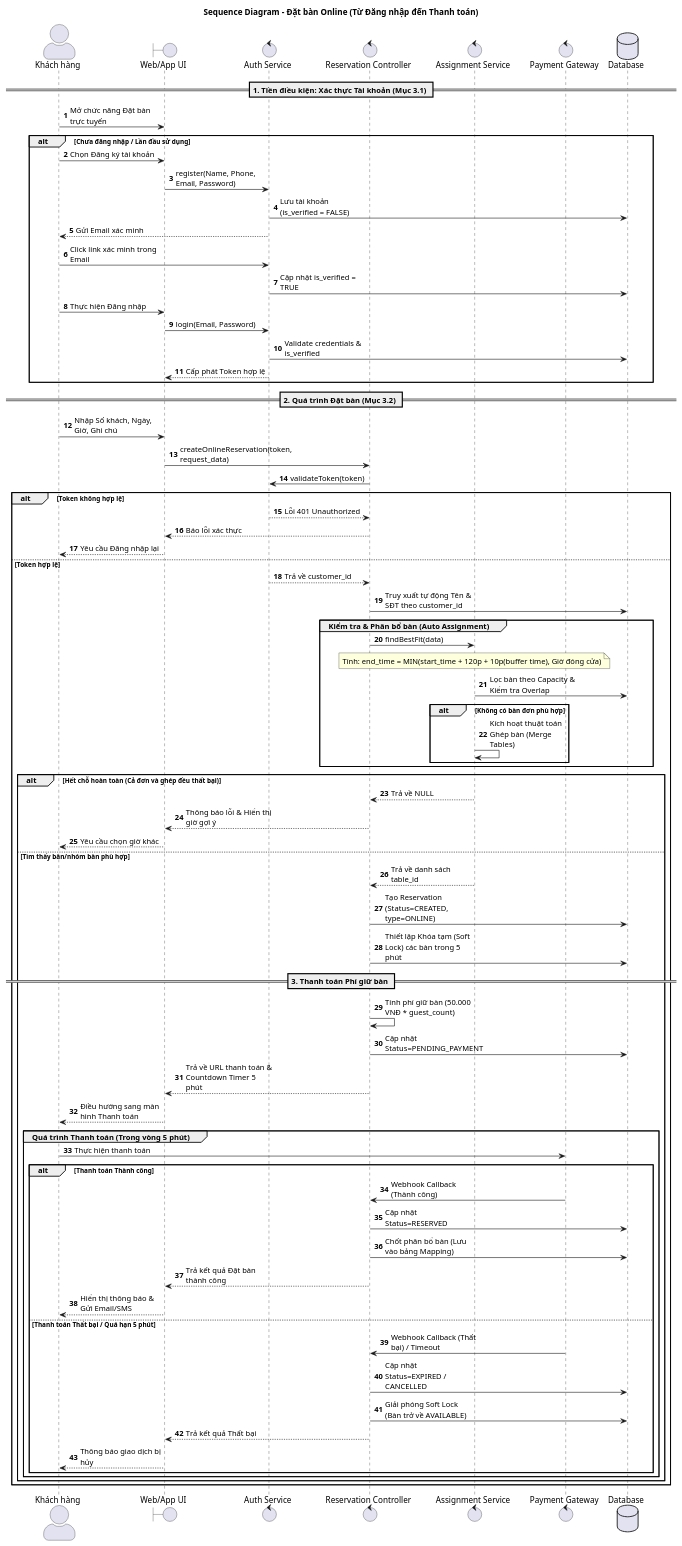
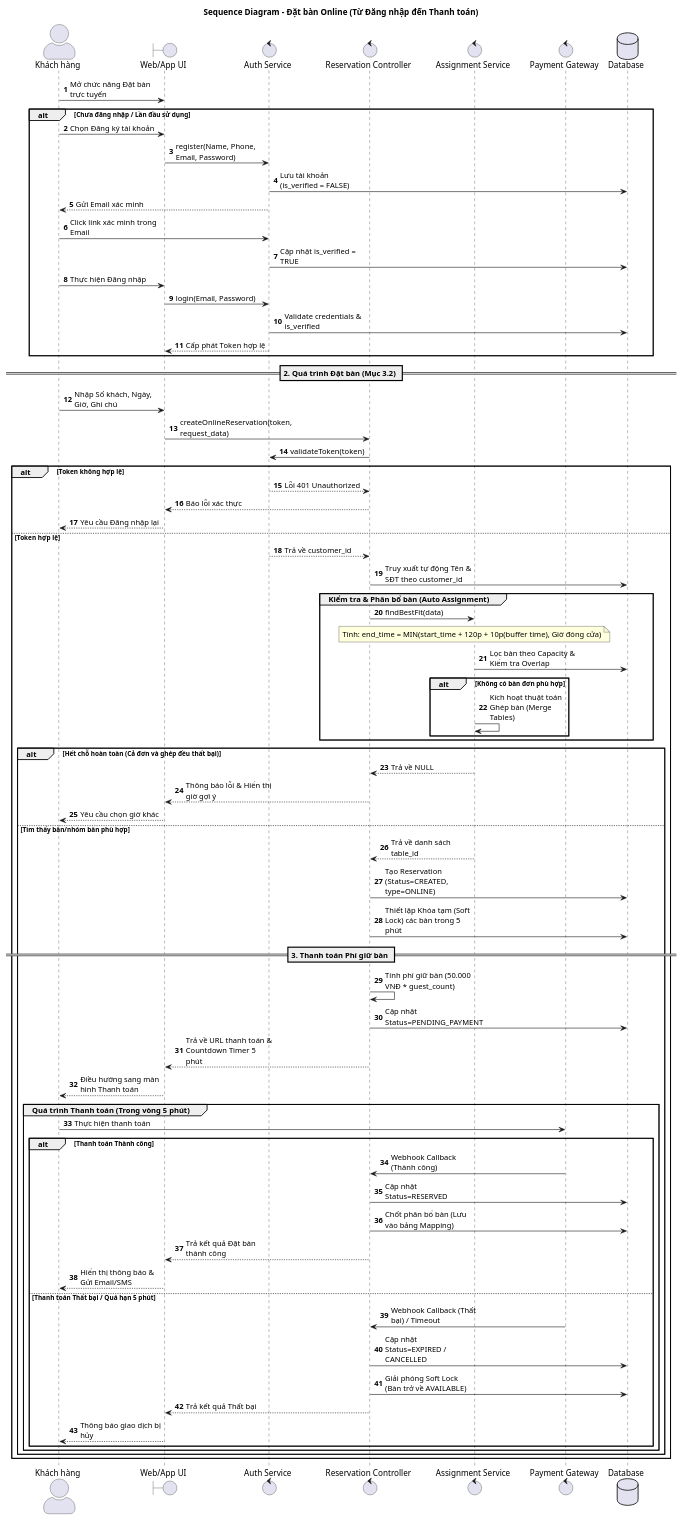
The diagram in docs/uml/sequence-booking-online.puml (QuangLam0208/restaurant-reservation-system), drawn with PlantUML before and after one commit. The commit also changed 1 other file, not shown here.

```diff
--- a/docs/uml/sequence-booking-online.puml
+++ b/docs/uml/sequence-booking-online.puml
@@ -1,89 +1,88 @@
 @startuml
 title Sequence Diagram - Đặt bàn Online (Từ Đăng nhập đến Thanh toán)
 autonumber
 skinparam actorStyle awesome
 skinparam maxMessageSize 150
 
 actor "Khách hàng" as Customer
 boundary "Web/App UI" as UI
 control "Auth Service" as Auth
 control "Reservation Controller" as RC
 control "Assignment Service" as Assign
 control "Payment Gateway" as PG
 database "Database" as DB
 
-== 1. Tiền điều kiện: Xác thực Tài khoản (Mục 3.1) ==
 Customer -> UI : Mở chức năng Đặt bàn trực tuyến
 
 alt Chưa đăng nhập / Lần đầu sử dụng
     Customer -> UI : Chọn Đăng ký tài khoản
     UI -> Auth : register(Name, Phone, Email, Password)
     Auth -> DB : Lưu tài khoản (is_verified = FALSE)
     Auth --> Customer : Gửi Email xác minh
     Customer -> Auth : Click link xác minh trong Email
     Auth -> DB : Cập nhật is_verified = TRUE
 
     Customer -> UI : Thực hiện Đăng nhập
     UI -> Auth : login(Email, Password)
     Auth -> DB : Validate credentials & is_verified
     Auth --> UI : Cấp phát Token hợp lệ
 end
 
 == 2. Quá trình Đặt bàn (Mục 3.2) ==
 Customer -> UI : Nhập Số khách, Ngày, Giờ, Ghi chú
 UI -> RC : createOnlineReservation(token, request_data)
 RC -> Auth : validateToken(token)
 
 alt Token không hợp lệ
     Auth --> RC : Lỗi 401 Unauthorized
     RC --> UI : Báo lỗi xác thực
     UI --> Customer : Yêu cầu Đăng nhập lại
 else Token hợp lệ
     Auth --> RC : Trả về customer_id
     RC -> DB : Truy xuất tự động Tên & SĐT theo customer_id
 
     group Kiểm tra & Phân bổ bàn (Auto Assignment)
         RC -> Assign : findBestFit(data)
         Note over Assign : Tính: end_time = MIN(start_time + 120p + 10p(buffer time), Giờ đóng cửa)
         Assign -> DB : Lọc bàn theo Capacity & Kiểm tra Overlap
 
         alt Không có bàn đơn phù hợp
             Assign -> Assign : Kích hoạt thuật toán Ghép bàn (Merge Tables)
         end
     end
 
     alt Hết chỗ hoàn toàn (Cả đơn và ghép đều thất bại)
         Assign --> RC : Trả về NULL
         RC --> UI : Thông báo lỗi & Hiển thị giờ gợi ý
         UI --> Customer : Yêu cầu chọn giờ khác
     else Tìm thấy bàn/nhóm bàn phù hợp
         Assign --> RC : Trả về danh sách table_id
         RC -> DB : Tạo Reservation (Status=CREATED, type=ONLINE)
         RC -> DB : Thiết lập Khóa tạm (Soft Lock) các bàn trong 5 phút
 
 == 3. Thanh toán Phí giữ bàn ==
         RC -> RC : Tính phí giữ bàn (50.000 VNĐ * guest_count)
         RC -> DB : Cập nhật Status=PENDING_PAYMENT
         RC --> UI : Trả về URL thanh toán & Countdown Timer 5 phút
         UI --> Customer : Điều hướng sang màn hình Thanh toán
 
         group Quá trình Thanh toán (Trong vòng 5 phút)
             Customer -> PG : Thực hiện thanh toán
 
             alt Thanh toán Thành công
                 PG -> RC : Webhook Callback (Thành công)
                 RC -> DB : Cập nhật Status=RESERVED
                 RC -> DB : Chốt phân bổ bàn (Lưu vào bảng Mapping)
                 RC --> UI : Trả kết quả Đặt bàn thành công
                 UI --> Customer : Hiển thị thông báo & Gửi Email/SMS
             else Thanh toán Thất bại / Quá hạn 5 phút
                 PG -> RC : Webhook Callback (Thất bại) / Timeout
                 RC -> DB : Cập nhật Status=EXPIRED / CANCELLED
                 RC -> DB : Giải phóng Soft Lock (Bàn trở về AVAILABLE)
                 RC --> UI : Trả kết quả Thất bại
                 UI --> Customer : Thông báo giao dịch bị hủy
             end
         end
     end
 end
 @enduml
```
